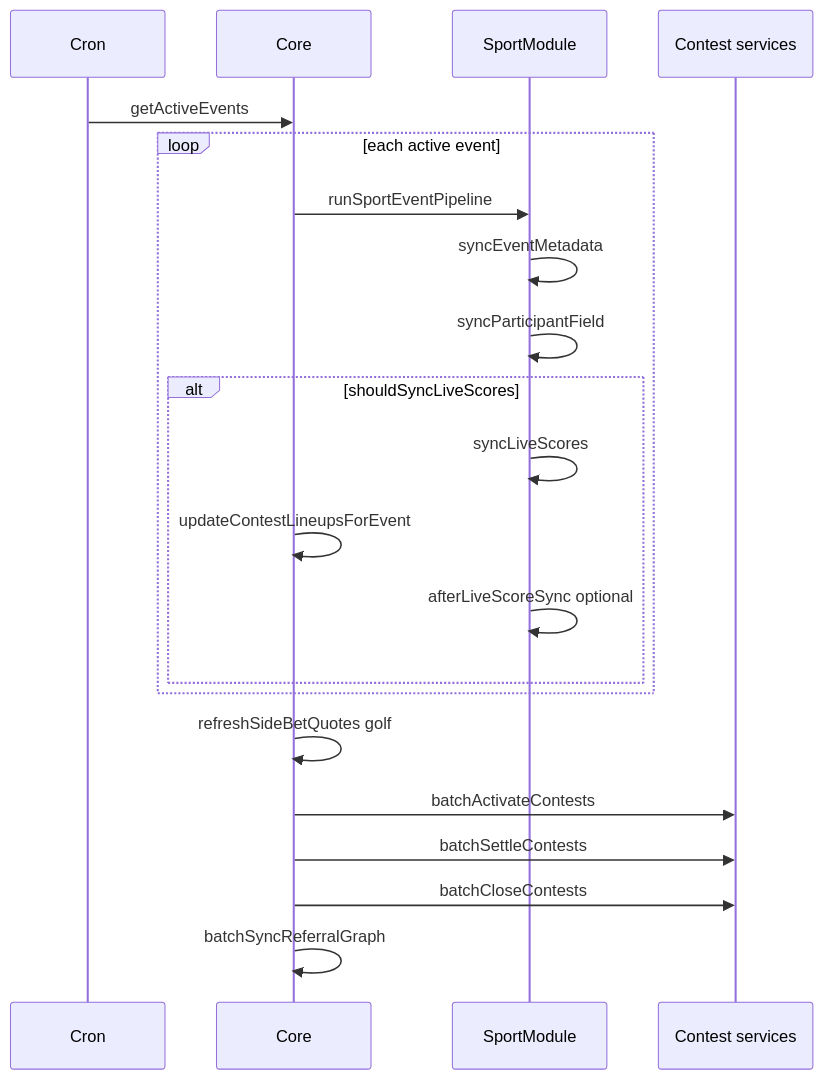
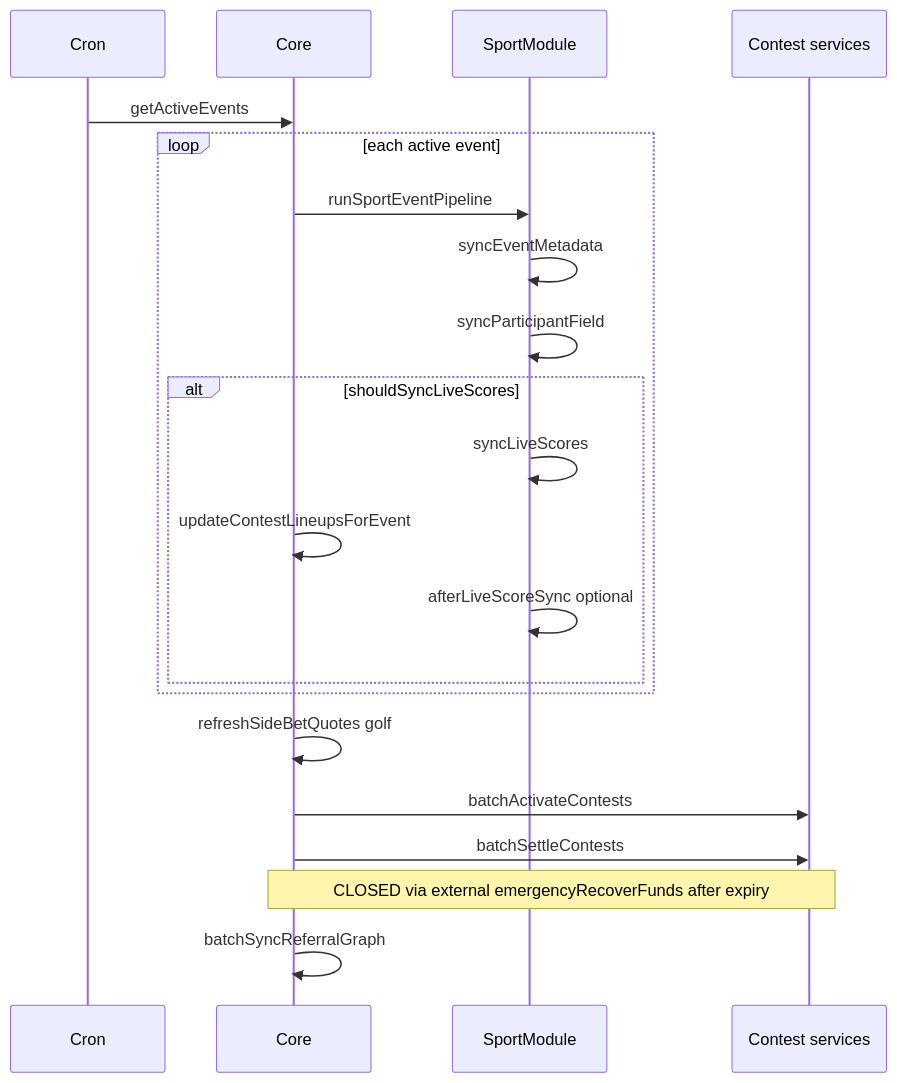
The second of 2 diagrams in docs/platform/architecture.md (MagRelo/cut), drawn with Mermaid before and after one commit. The commit also changed 56 other files, not shown here.

````diff
--- a/docs/platform/architecture.md
+++ b/docs/platform/architecture.md
@@ -197,24 +197,24 @@
 ```mermaid
 sequenceDiagram
   participant Cron
   participant Core
   participant Plugin as SportModule
   participant Contest as Contest services
 
   Cron->>Core: getActiveEvents
   loop each active event
     Core->>Plugin: runSportEventPipeline
     Plugin->>Plugin: syncEventMetadata
     Plugin->>Plugin: syncParticipantField
     alt shouldSyncLiveScores
       Plugin->>Plugin: syncLiveScores
       Core->>Core: updateContestLineupsForEvent
       Plugin->>Plugin: afterLiveScoreSync optional
     end
   end
   Core->>Core: refreshSideBetQuotes golf
   Core->>Contest: batchActivateContests
   Core->>Contest: batchSettleContests
-  Core->>Contest: batchCloseContests
+  Note over Core,Contest: CLOSED via external emergencyRecoverFunds after expiry
   Core->>Core: batchSyncReferralGraph
 ```
````
